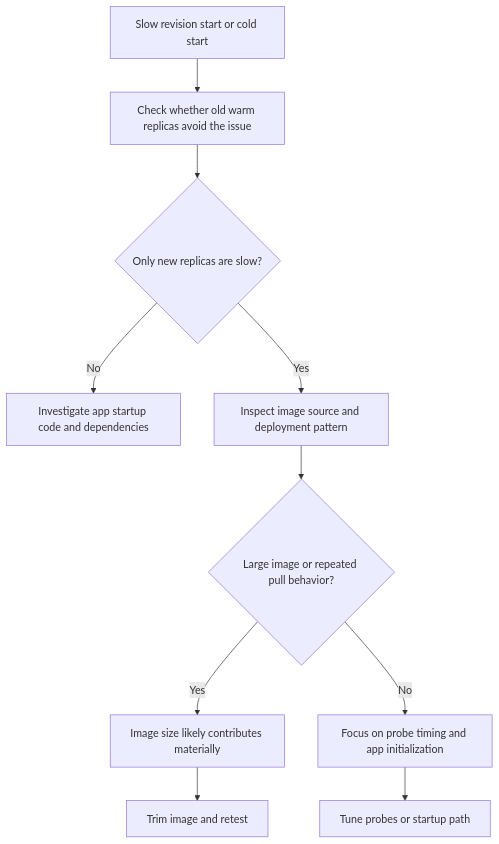
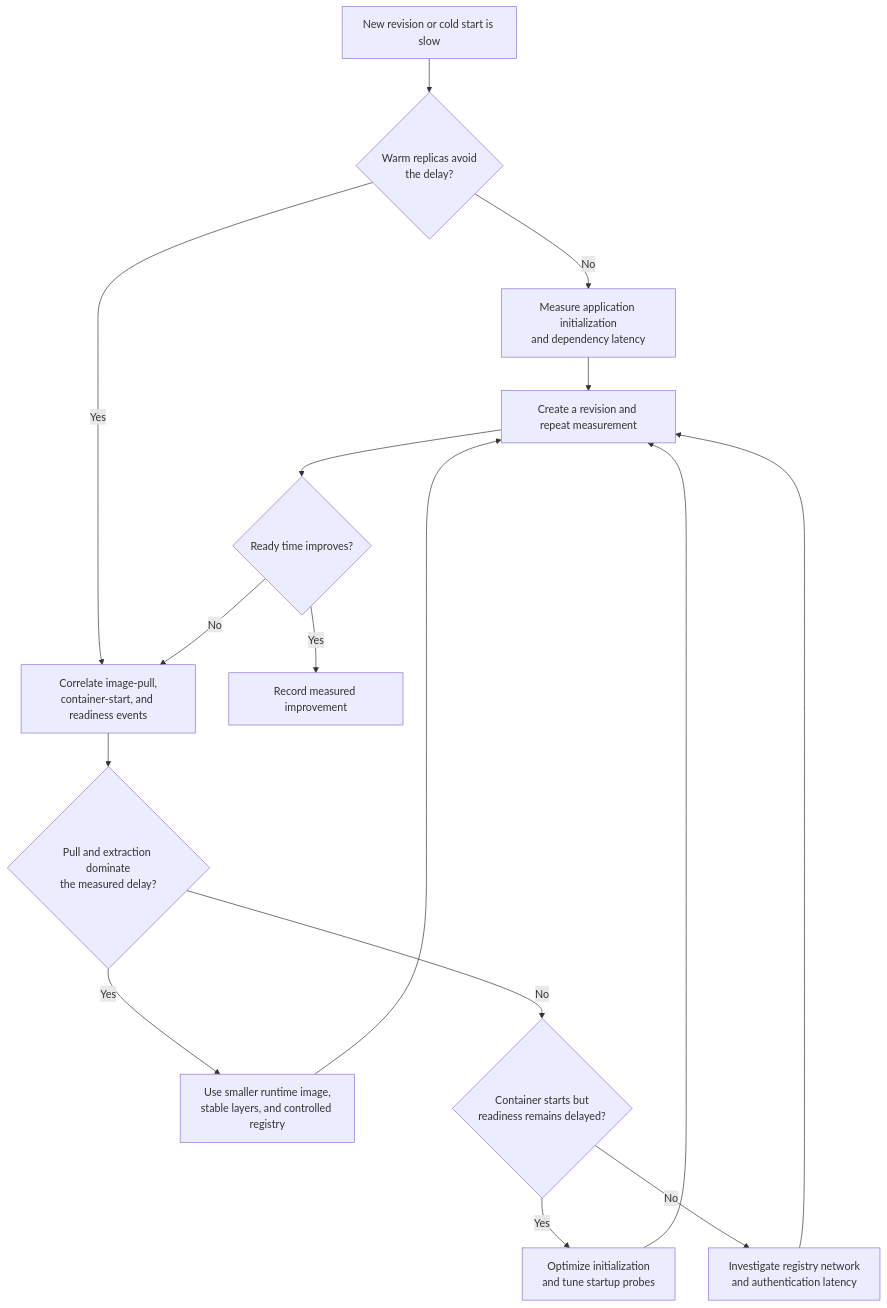
The diagram in docs/troubleshooting/playbooks/startup-and-provisioning/image-size-startup-delay.md (yeongseon/azure-container-apps-practical-guide), drawn with Mermaid before and after one commit. The commit also changed other lines of this file and 28 other files, not shown here.

Commit message:
docs(diagrams): migrate playbook diagnostic flows (#627)

````diff
--- a/docs/troubleshooting/playbooks/startup-and-provisioning/image-size-startup-delay.md
+++ b/docs/troubleshooting/playbooks/startup-and-provisioning/image-size-startup-delay.md
@@ -47,12 +47,21 @@
 ```mermaid
 flowchart TD
-    A[Slow revision start or cold start] --> B[Check whether old warm replicas avoid the issue]
-    B --> C{Only new replicas are slow?}
-    C -->|No| D[Investigate app startup code and dependencies]
-    C -->|Yes| E[Inspect image source and deployment pattern]
-    E --> F{Large image or repeated pull behavior?}
-    F -->|Yes| G[Image size likely contributes materially]
-    F -->|No| H[Focus on probe timing and app initialization]
-    G --> I[Trim image and retest]
-    H --> J[Tune probes or startup path]
+    accTitle: Separate image-pull delay from application initialization
+    accDescr: Compare warm and fresh replicas, correlate pull and start events, then optimize the image or startup path based on measured evidence.
+
+    START[New revision or cold start is slow] --> WARM{Warm replicas avoid<br/>the delay?}
+    WARM -->|No| APPLICATION[Measure application initialization<br/>and dependency latency]
+    WARM -->|Yes| EVENTS[Correlate image-pull,<br/>container-start, and readiness events]
+    EVENTS --> PULL{Pull and extraction dominate<br/>the measured delay?}
+    PULL -->|Yes| IMAGE[Use smaller runtime image,<br/>stable layers, and controlled registry]
+    PULL -->|No| PROBES{Container starts but<br/>readiness remains delayed?}
+    PROBES -->|Yes| STARTUP[Optimize initialization<br/>and tune startup probes]
+    PROBES -->|No| NETWORK[Investigate registry network<br/>and authentication latency]
+    IMAGE --> RETEST[Create a revision and repeat measurement]
+    STARTUP --> RETEST
+    NETWORK --> RETEST
+    APPLICATION --> RETEST
+    RETEST --> IMPROVED{Ready time improves?}
+    IMPROVED -->|Yes| DONE[Record measured improvement]
+    IMPROVED -->|No| EVENTS
 ```
````
